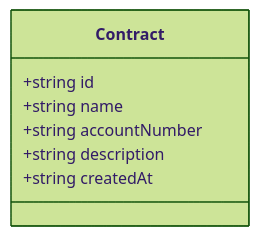
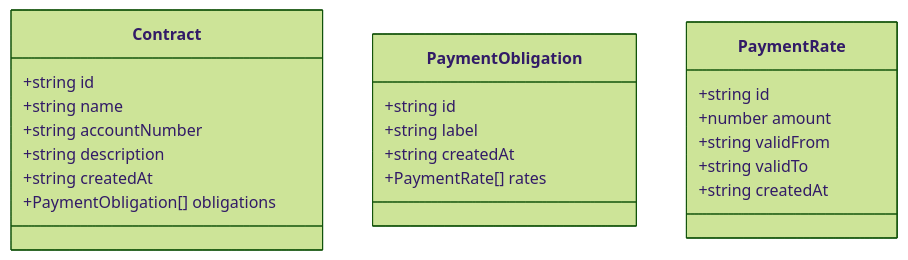
One commit to Alex-Jongman/spaarpotjes changed the first of 2 diagrams in docs/database-schema.md. Above: the diagram before and after it, drawn with Mermaid (forest theme). The commit also changed 10 other files, not shown here.

````diff
--- a/docs/database-schema.md
+++ b/docs/database-schema.md
@@ -7,10 +7,26 @@
 ```mermaid
 classDiagram
   class Contract {
     +string id
     +string name
     +string accountNumber
     +string description
     +string createdAt
+    +PaymentObligation[] obligations
+  }
+
+  class PaymentObligation {
+    +string id
+    +string label
+    +string createdAt
+    +PaymentRate[] rates
+  }
+
+  class PaymentRate {
+    +string id
+    +number amount
+    +string validFrom
+    +string validTo
+    +string createdAt
   }
 ```
````
